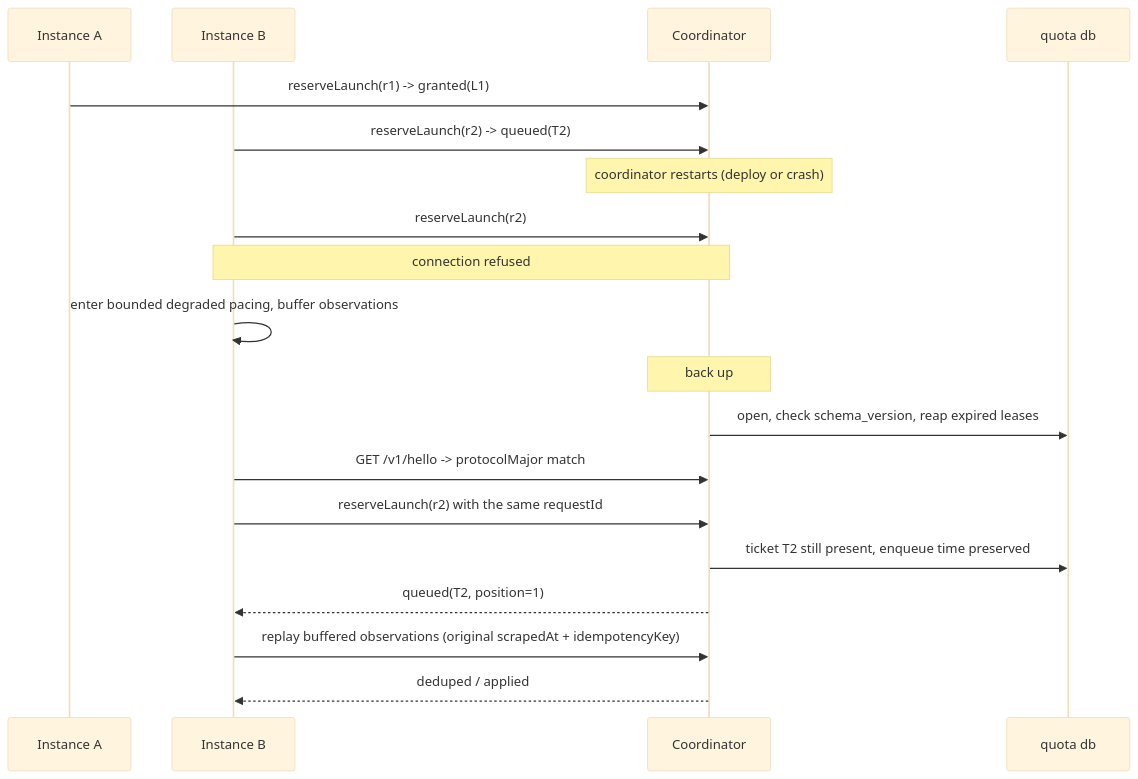
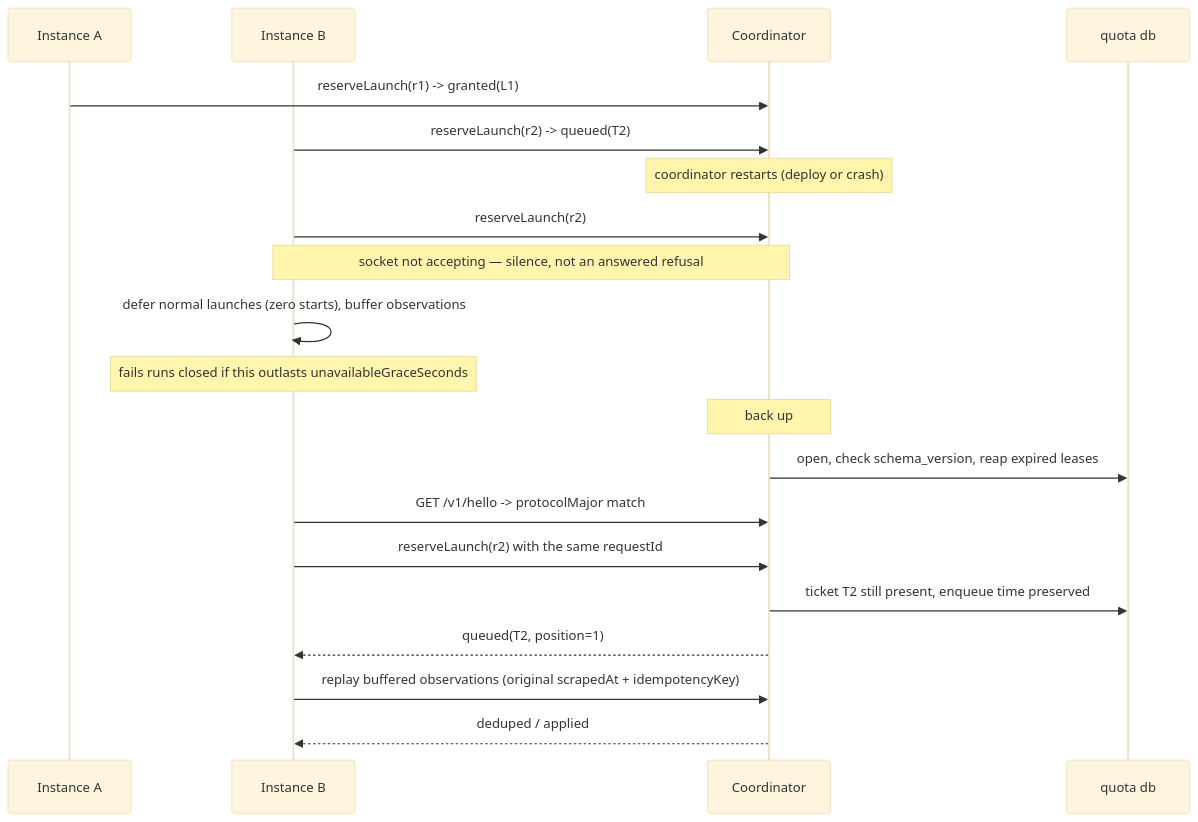
The fourth of 5 diagrams in docs/quota-coordinator-design.md (MEK-Org/rusa), drawn with Mermaid (base theme) before and after one commit. The commit also changed other lines of this file, not shown here.

First line of the commit message:
docs(quota): define the pre-spawn check, drop degraded pacing from restart

````diff
--- a/docs/quota-coordinator-design.md
+++ b/docs/quota-coordinator-design.md
@@ -1112,22 +1197,23 @@
 ```mermaid
 sequenceDiagram
     participant A as Instance A
     participant B as Instance B
     participant C as Coordinator
     participant D as quota db
 
     A->>C: reserveLaunch(r1) -> granted(L1)
     B->>C: reserveLaunch(r2) -> queued(T2)
     Note over C: coordinator restarts (deploy or crash)
     B->>C: reserveLaunch(r2)
-    Note over B,C: connection refused
-    B->>B: enter bounded degraded pacing, buffer observations
+    Note over B,C: socket not accepting — silence, not an answered refusal
+    B->>B: defer normal launches (zero starts), buffer observations
+    Note over B: fails runs closed if this outlasts unavailableGraceSeconds
     Note over C: back up
     C->>D: open, check schema_version, reap expired leases
     B->>C: GET /v1/hello -> protocolMajor match
     B->>C: reserveLaunch(r2) with the same requestId
     C->>D: ticket T2 still present, enqueue time preserved
     C-->>B: queued(T2, position=1)
     B->>C: replay buffered observations (original scrapedAt + idempotencyKey)
     C-->>B: deduped / applied
 ```
````
